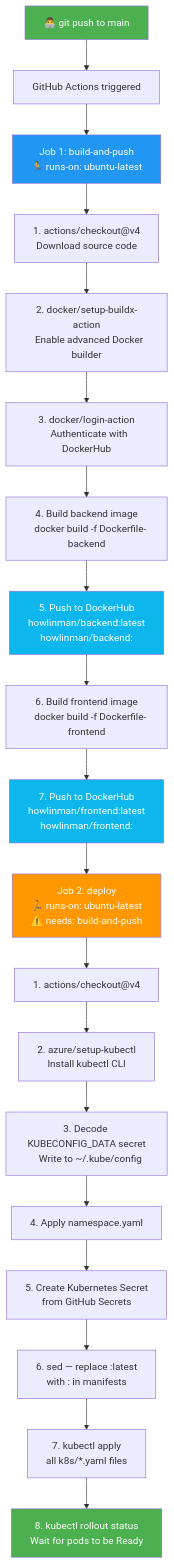
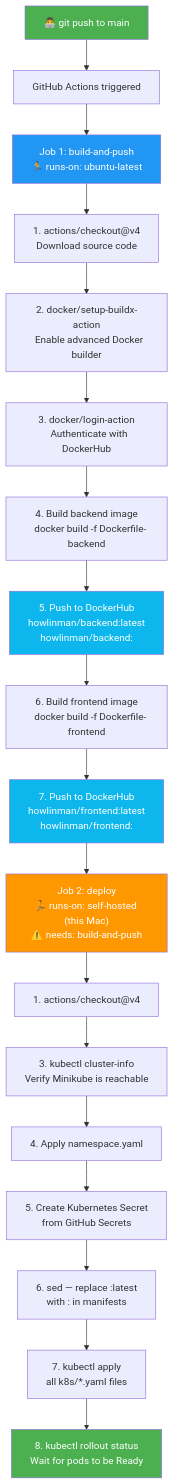
One commit to HowlinMan24/Student-Grading-App-with-LLMs changed the second of 3 diagrams in DEVOPS_DOCUMENTATION.md. Above: the diagram before and after it, drawn with Mermaid. The commit also changed other lines of this file and 2 other files, not shown here.

First line of the commit message:
Move CD deploy job to a self-hosted runner on the Minikube host

````diff
--- a/DEVOPS_DOCUMENTATION.md
+++ b/DEVOPS_DOCUMENTATION.md
@@ -337,32 +337,31 @@
 ```mermaid
 flowchart TD
     A["👨‍💻 git push to main"] --> B["GitHub Actions triggered"]
 
     B --> C["Job 1: build-and-push\n🏃 runs-on: ubuntu-latest"]
 
     C --> C1["1. actions/checkout@v4\n   Download source code"]
     C1 --> C2["2. docker/setup-buildx-action\n   Enable advanced Docker builder"]
     C2 --> C3["3. docker/login-action\n   Authenticate with DockerHub"]
     C3 --> C4["4. Build backend image\n   docker build -f Dockerfile-backend"]
     C4 --> C5["5. Push to DockerHub\n   howlinman/backend:latest\n   howlinman/backend:<sha>"]
     C5 --> C6["6. Build frontend image\n   docker build -f Dockerfile-frontend"]
     C6 --> C7["7. Push to DockerHub\n   howlinman/frontend:latest\n   howlinman/frontend:<sha>"]
 
-    C7 --> D["Job 2: deploy\n🏃 runs-on: ubuntu-latest\n⚠️ needs: build-and-push"]
+    C7 --> D["Job 2: deploy\n🏃 runs-on: self-hosted (this Mac)\n⚠️ needs: build-and-push"]
 
     D --> D1["1. actions/checkout@v4"]
-    D1 --> D2["2. azure/setup-kubectl\n   Install kubectl CLI"]
-    D2 --> D3["3. Decode KUBECONFIG_DATA secret\n   Write to ~/.kube/config"]
+    D1 --> D3["3. kubectl cluster-info\n   Verify Minikube is reachable"]
     D3 --> D4["4. Apply namespace.yaml"]
     D4 --> D5["5. Create Kubernetes Secret\n   from GitHub Secrets"]
     D5 --> D6["6. sed — replace :latest\n   with :<git-sha> in manifests"]
     D6 --> D7["7. kubectl apply\n   all k8s/*.yaml files"]
     D7 --> D8["8. kubectl rollout status\n   Wait for pods to be Ready"]
 
     style A fill:#4CAF50,color:#fff
     style C fill:#2196F3,color:#fff
     style D fill:#FF9800,color:#fff
     style C5 fill:#0db7ed,color:#fff
     style C7 fill:#0db7ed,color:#fff
     style D8 fill:#4CAF50,color:#fff
 ```
````
